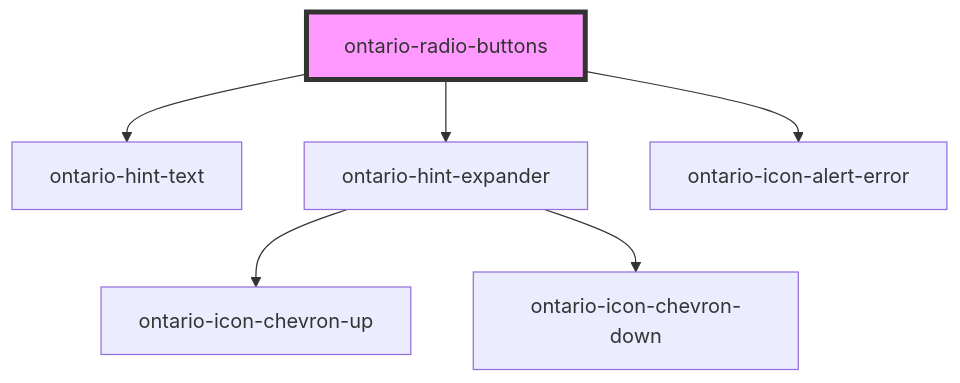
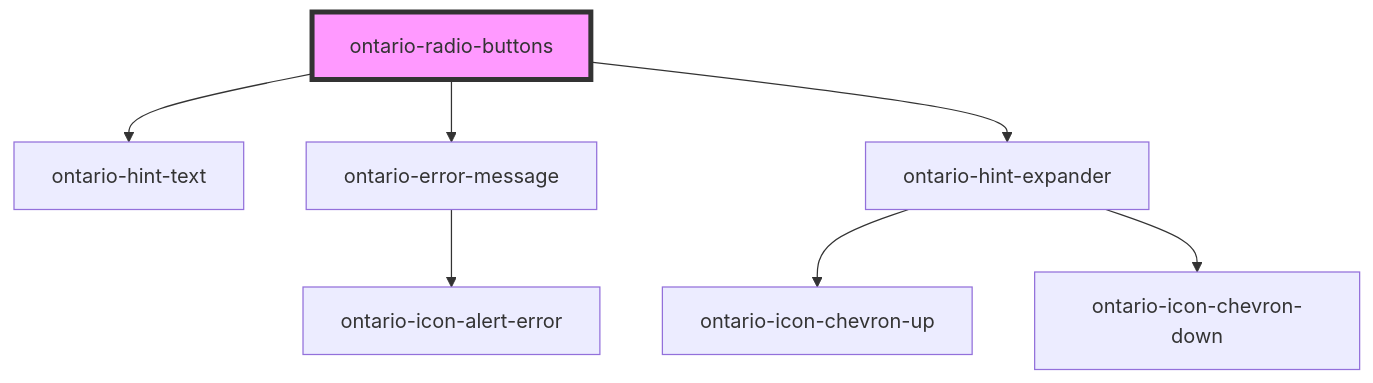
Before and after one commit to ongov/ontario-design-system: the diagram in packages/ontario-design-system-component-library/src/components/ontario-radio-buttons/readme.md, drawn with Mermaid. The commit also changed other lines of this file and 27 other files, not shown here.

Commit message:
feat(ontario-error-alert): add scaffolding for ErrorAlert summary and inline message components

````diff
--- a/packages/ontario-design-system-component-library/src/components/ontario-radio-buttons/readme.md
+++ b/packages/ontario-design-system-component-library/src/components/ontario-radio-buttons/readme.md
@@ -735,9 +753,10 @@
 ```mermaid
 graph TD;
   ontario-radio-buttons --> ontario-hint-text
+  ontario-radio-buttons --> ontario-error-message
   ontario-radio-buttons --> ontario-hint-expander
-  ontario-radio-buttons --> ontario-icon-alert-error
+  ontario-error-message --> ontario-icon-alert-error
   ontario-hint-expander --> ontario-icon-chevron-up
   ontario-hint-expander --> ontario-icon-chevron-down
   style ontario-radio-buttons fill:#f9f,stroke:#333,stroke-width:4px
 ```
````
